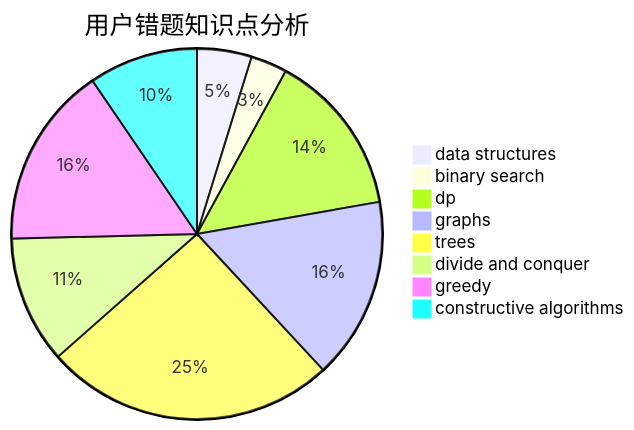
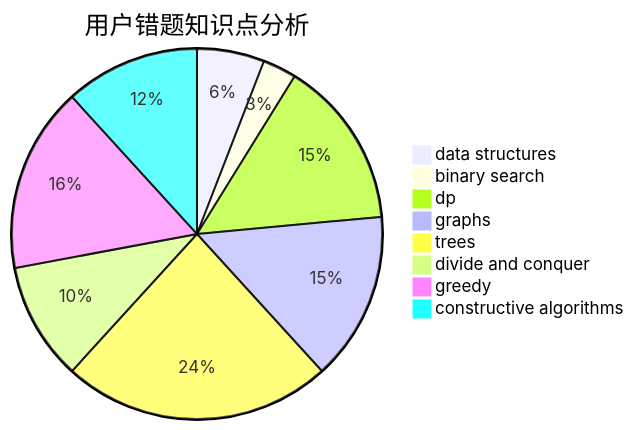
Before and after one commit to sherpahu/cfrs.github.io: the third of 3 diagrams in docs/user/u917.md, drawn with Mermaid. The commit also changed other lines of this file and 2770 other files, not shown here.

````diff
--- a/docs/user/u917.md
+++ b/docs/user/u917.md
@@ -36,11 +36,11 @@
 ```mermaid
 pie title 用户错题知识点分析
-    "data structures" :  3
+    "data structures" :  4
     "binary search" :  2
-    "dp" :  9
+    "dp" :  10
     "graphs" :  10
     "trees" :  16
     "divide and conquer" :  7
-    "greedy" :  10
-    "constructive algorithms" :  6
+    "greedy" :  11
+    "constructive algorithms" :  8
 ```
````
